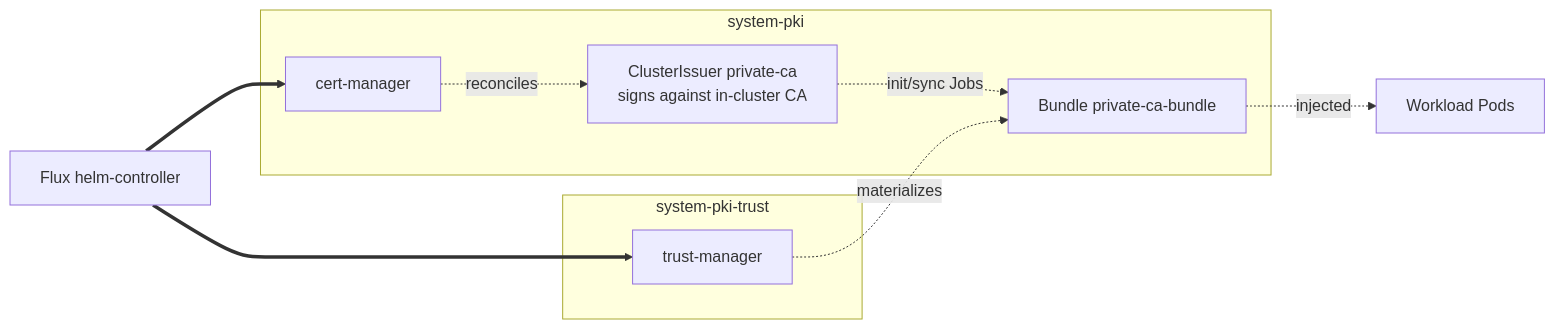
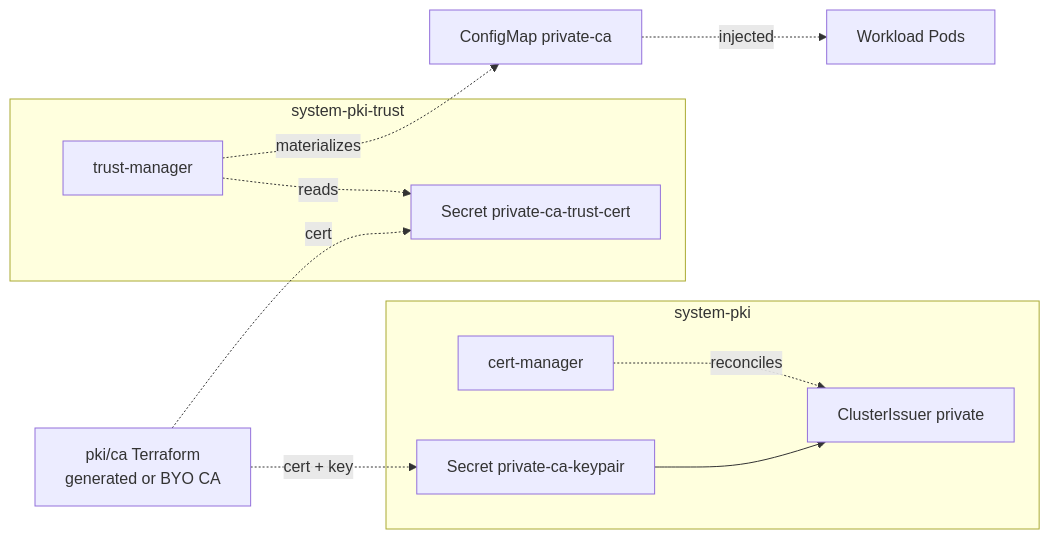
The fourth of 4 diagrams in kustomize/pki/README.md (windsorcli/core), drawn with Mermaid before and after one commit. The commit also changed other lines of this file and 26 other files, not shown here.

Commit message:
feat(pki)!: always install the cluster CA (#3248)

````diff
--- a/kustomize/pki/README.md
+++ b/kustomize/pki/README.md
@@ -138,23 +139,26 @@
 ```mermaid
 flowchart LR
-  flux[Flux helm-controller]
+  tf[pki/ca Terraform<br/>generated or BYO CA]
 
   subgraph systempki[system-pki]
     cm[cert-manager]
-    ca[ClusterIssuer private-ca<br/>signs against in-cluster CA]
-    bundle[Bundle private-ca-bundle]
+    keypair[Secret private-ca-keypair]
+    ca[ClusterIssuer private]
   end
 
   subgraph systempkitrust[system-pki-trust]
     tm[trust-manager]
+    trust[Secret private-ca-trust-cert]
   end
 
+  bundle[ConfigMap private-ca]
   workloads[Workload Pods]
 
-  flux ==> cm
-  flux ==> tm
+  tf -.cert + key.-> keypair
+  tf -.cert.-> trust
+  keypair --> ca
   cm -.reconciles.-> ca
-  ca -.init/sync Jobs.-> bundle
+  tm -.reads.-> trust
   tm -.materializes.-> bundle
   bundle -.injected.-> workloads
 ```
````
